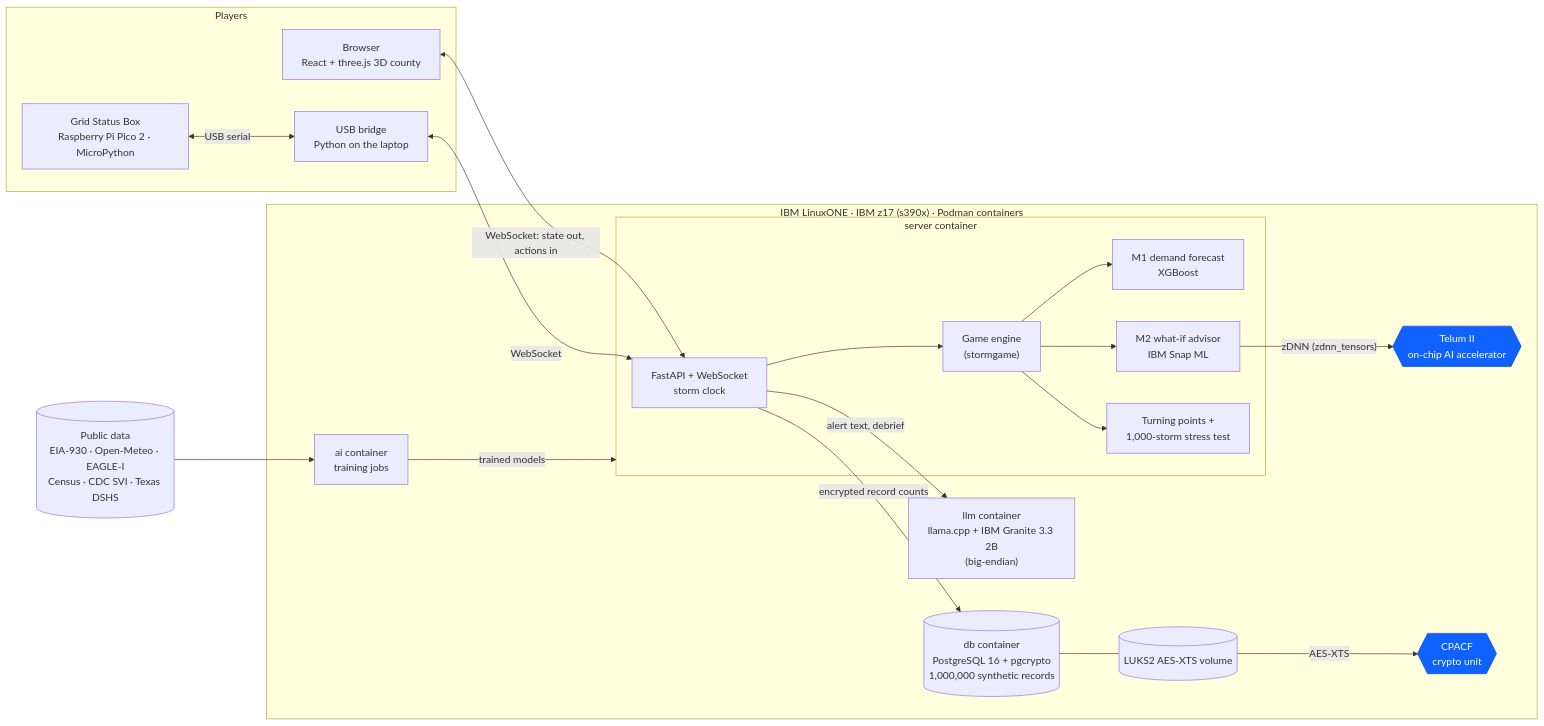
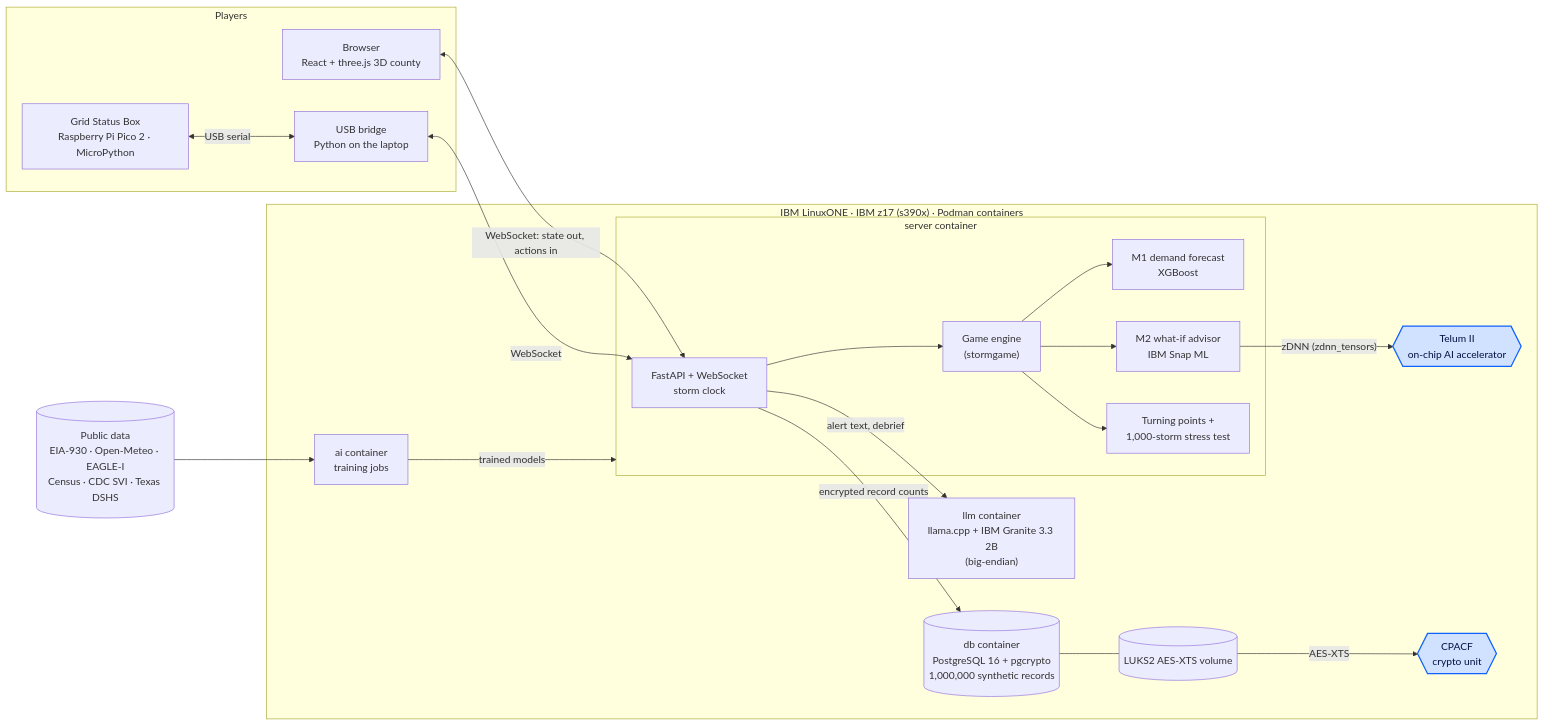
One commit to adamFabsa/Control-Room-IBM-Z changed the first of 3 diagrams in docs/ARCHITECTURE.md. Above: the diagram before and after it, drawn with Mermaid. The commit also changed other lines of this file and 6 other files, not shown here.

First line of the commit message:
Diagrams: readable highlights in both Mermaid looks, the clean look by default

````diff
--- a/docs/ARCHITECTURE.md
+++ b/docs/ARCHITECTURE.md
@@ -9,43 +9,48 @@
 ```mermaid
+---
+config:
+  look: classic
+  theme: default
+---
 flowchart LR
   subgraph Players["Players"]
     B["Browser<br/>React + three.js 3D county"]
     BOX["Grid Status Box<br/>Raspberry Pi Pico 2 · MicroPython"]
     BR["USB bridge<br/>Python on the laptop"]
   end
   DATA[("Public data<br/>EIA-930 · Open-Meteo · EAGLE-I<br/>Census · CDC SVI · Texas DSHS")]
 
   subgraph LX["IBM LinuxONE · IBM z17 (s390x) · Podman containers"]
     subgraph SRV["server container"]
       API["FastAPI + WebSocket<br/>storm clock"]
       ENG["Game engine<br/>(stormgame)"]
       M1["M1 demand forecast<br/>XGBoost"]
       M2["M2 what-if advisor<br/>IBM Snap ML"]
       AN["Turning points +<br/>1,000-storm stress test"]
     end
     LLM["llm container<br/>llama.cpp + IBM Granite 3.3 2B<br/>(big-endian)"]
     DB[("db container<br/>PostgreSQL 16 + pgcrypto<br/>1,000,000 synthetic records")]
     AI["ai container<br/>training jobs"]
     VOL[("LUKS2 AES-XTS volume")]
     TEL{{"Telum II<br/>on-chip AI accelerator"}}
     CPA{{"CPACF<br/>crypto unit"}}
   end
 
   B <-->|"WebSocket: state out, actions in"| API
   BOX <-->|"USB serial"| BR
   BR <-->|"WebSocket"| API
   API --> ENG
   ENG --> M1
   ENG --> M2
   ENG --> AN
   M2 -->|"zDNN (zdnn_tensors)"| TEL
   API -->|"alert text, debrief"| LLM
   API -->|"encrypted record counts"| DB
   DB --- VOL
   VOL -->|"AES-XTS"| CPA
   DATA --> AI
   AI -->|"trained models"| SRV
 
-  classDef ibm fill:#0f62fe,stroke:#0043ce,color:#ffffff
+  classDef ibm fill:#d0e2ff,stroke:#0f62fe,stroke-width:2px,color:#001141
   class TEL,CPA ibm
 ```
````
